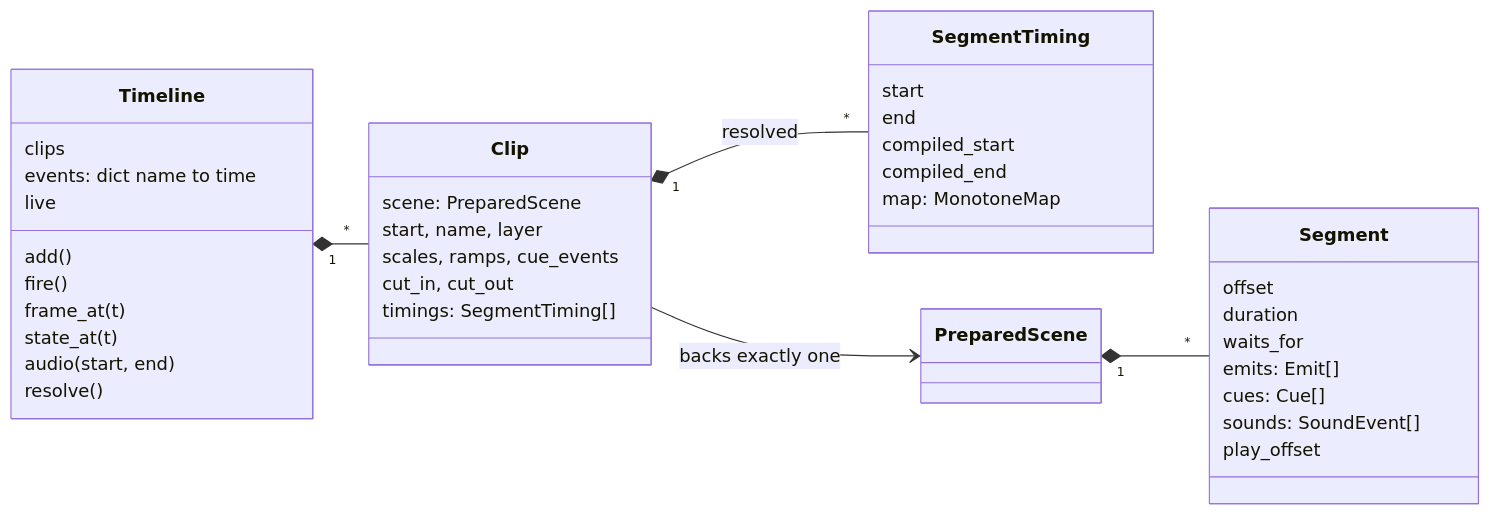
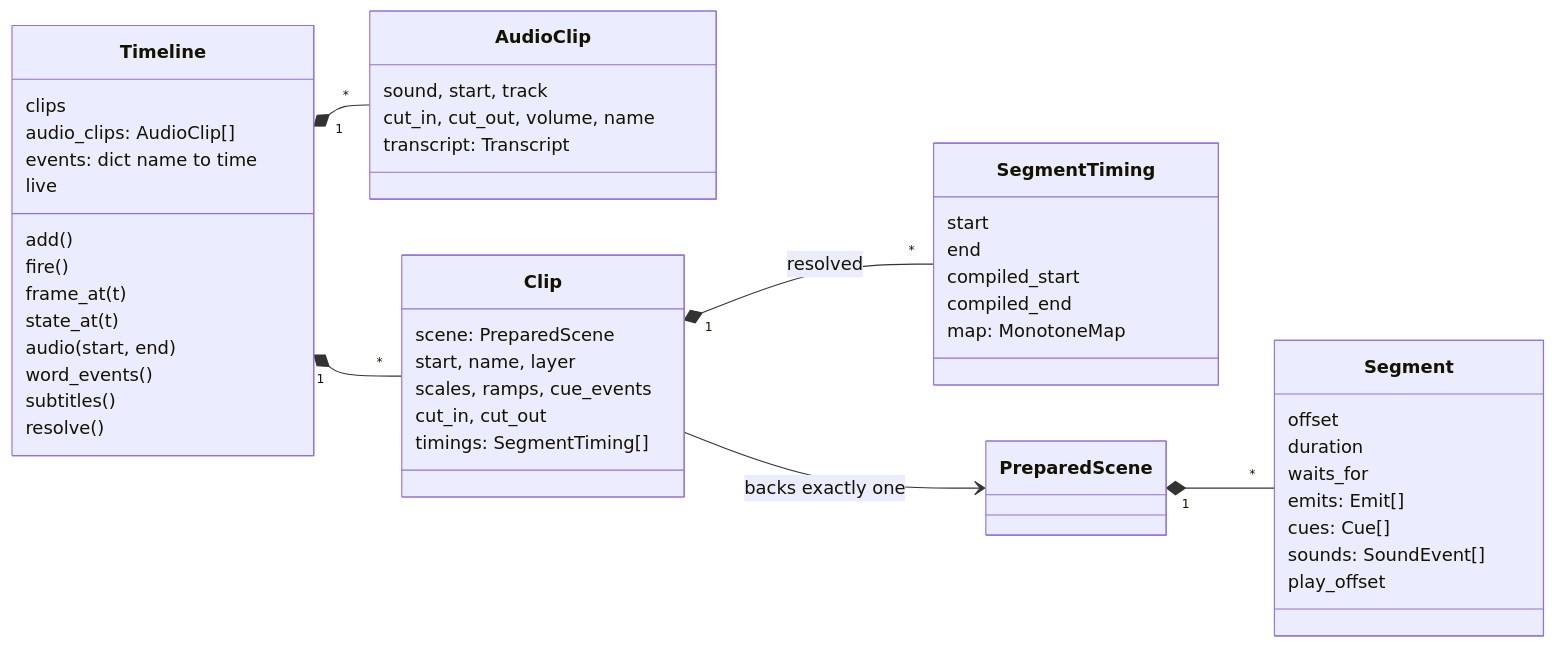
Before and after one commit to MrDiver/manim: the fifth of 8 diagrams in manimx/ARCHITECTURE.md, drawn with Mermaid. The commit also changed other lines of this file and 12 other files, not shown here.

````diff
--- a/manimx/ARCHITECTURE.md
+++ b/manimx/ARCHITECTURE.md
@@ -401,42 +410,51 @@
 ```mermaid
 classDiagram
     direction LR
     class Timeline {
         clips
+        audio_clips: AudioClip[]
         events: dict name to time
         live
         add()
         fire()
         frame_at(t)
         state_at(t)
         audio(start, end)
+        word_events()
+        subtitles()
         resolve()
+    }
+    class AudioClip {
+        sound, start, track
+        cut_in, cut_out, volume, name
+        transcript: Transcript
     }
     class Clip {
         scene: PreparedScene
         start, name, layer
         scales, ramps, cue_events
         cut_in, cut_out
         timings: SegmentTiming[]
     }
     class SegmentTiming {
         start
         end
         compiled_start
         compiled_end
         map: MonotoneMap
     }
     class Segment {
         offset
         duration
         waits_for
         emits: Emit[]
         cues: Cue[]
         sounds: SoundEvent[]
         play_offset
     }
     Timeline "1" *-- "*" Clip
+    Timeline "1" *-- "*" AudioClip
     Clip --> PreparedScene : backs exactly one
     Clip "1" *-- "*" SegmentTiming : resolved
     PreparedScene "1" *-- "*" Segment
 ```
````
